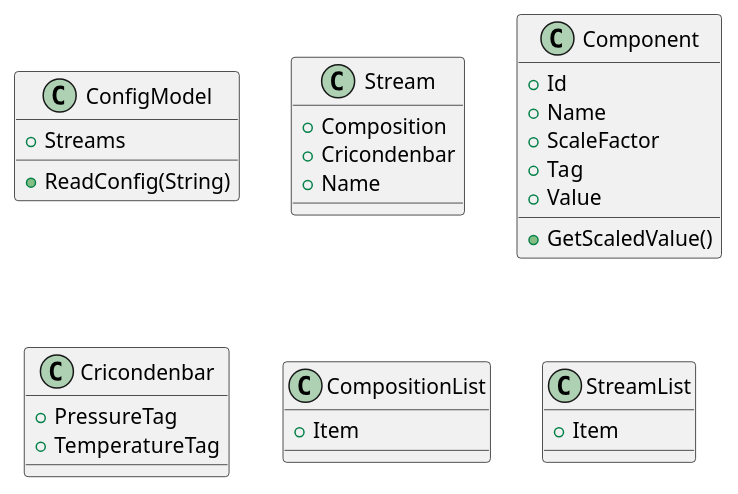
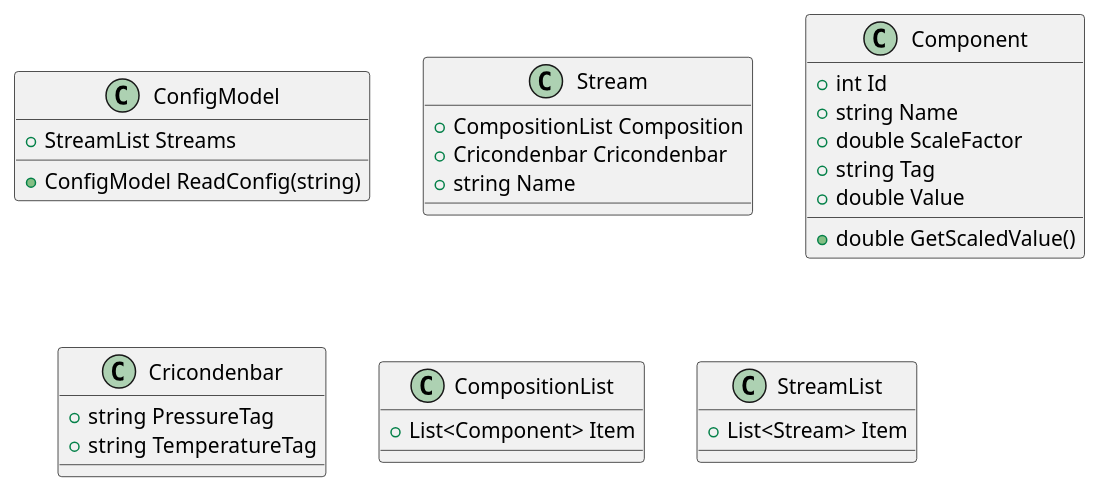
The diagram in PhaseOptDcs/docs/developermanual.rst (equinor/PhaseOptDcs), drawn with PlantUML before and after one commit.

Commit message:
Add types to class diagrams

```diff
--- a/PhaseOptDcs/docs/developermanual.rst
+++ b/PhaseOptDcs/docs/developermanual.rst
@@ -8,39 +8,39 @@
 .. uml::
 
     @startuml
     scale 1
 
     class ConfigModel {
-        +Streams
-        +ReadConfig(String)
+        +StreamList Streams
+        +ConfigModel ReadConfig(string)
     }
 
     class Stream {
-        +Composition
-        +Cricondenbar
-        +Name
+        +CompositionList Composition
+        +Cricondenbar Cricondenbar
+        +string Name
     }
 
     class Component {
-        +Id
-        +Name
-        +ScaleFactor
-        +Tag
-        +Value
-        +GetScaledValue()
+        +int Id
+        +string Name
+        +double ScaleFactor
+        +string Tag
+        +double Value
+        +double GetScaledValue()
     }
 
     class Cricondenbar {
-        +PressureTag
-        +TemperatureTag
+        +string PressureTag
+        +string TemperatureTag
     }
 
     class CompositionList {
-        +Item
+        +List<Component> Item
     }
 
     class StreamList {
-        +Item
+        +List<Stream> Item
     }
 
     @enduml
```
